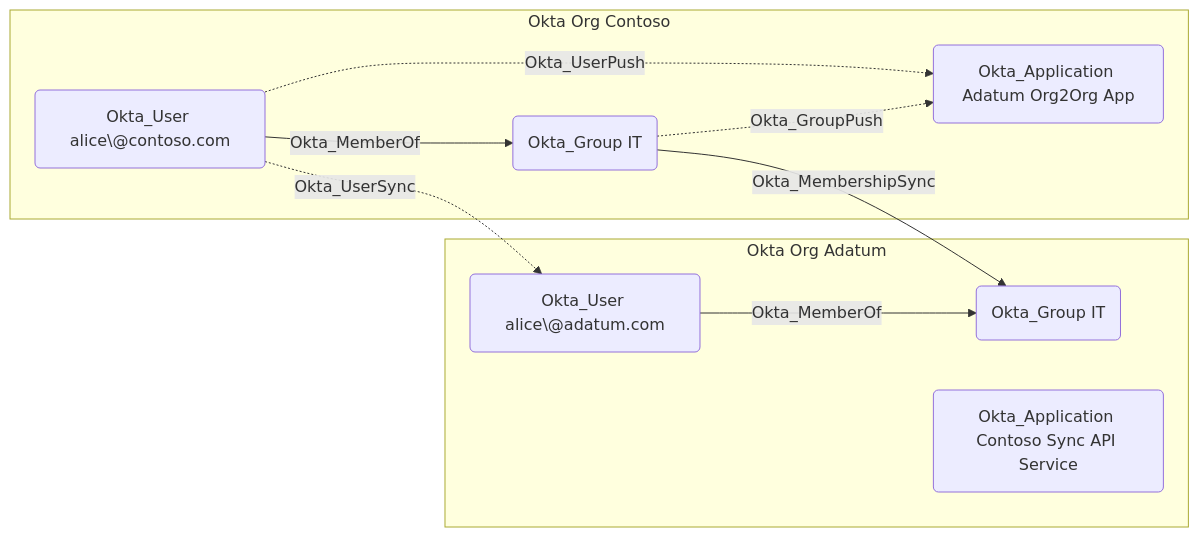
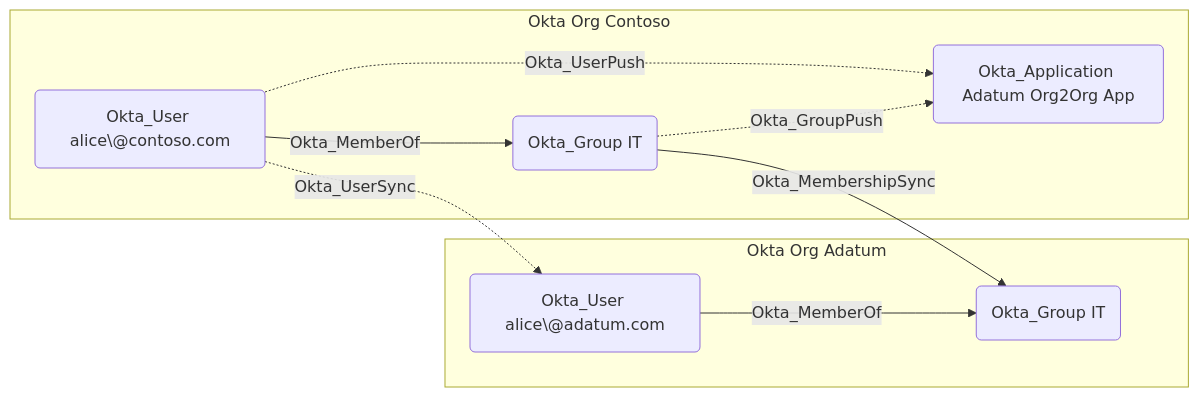
Before and after one commit to SpecterOps/openhound-okta: the second of 2 diagrams in descriptions/edges/Okta_MembershipSync.md, drawn with Mermaid. The commit also changed other lines of this file and 46 other files, not shown here.

````diff
--- a/descriptions/edges/Okta_MembershipSync.md
+++ b/descriptions/edges/Okta_MembershipSync.md
@@ -23,19 +23,18 @@
 ```mermaid
 graph LR
     subgraph source_org["Okta Org Contoso"]
         u1("Okta_User alice\@contoso.com")
         g1("Okta_Group IT")
         app1("Okta_Application Adatum Org2Org App")
     end
     subgraph target_org["Okta Org Adatum"]
         u2("Okta_User alice\@adatum.com")
         g2("Okta_Group IT")
-        app2("Okta_Application Contoso Sync API Service")
     end
     u1 -->|Okta_MemberOf| g1
     u1 .->|Okta_UserSync| u2
     u1 .->|Okta_UserPush| app1
-    u2 -->|Okta_MemberOf| g2
     g1 .->|Okta_GroupPush| app1
     g1 -->|Okta_MembershipSync| g2
+    u2 -->|Okta_MemberOf| g2
 ```
````
